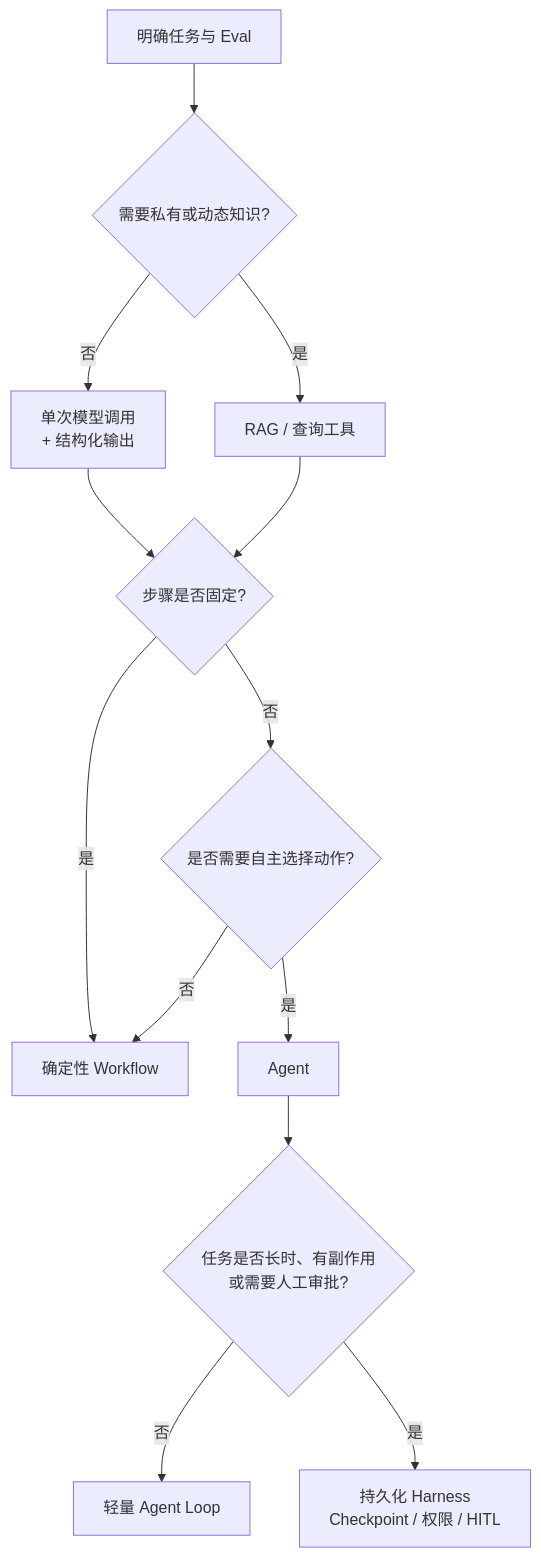
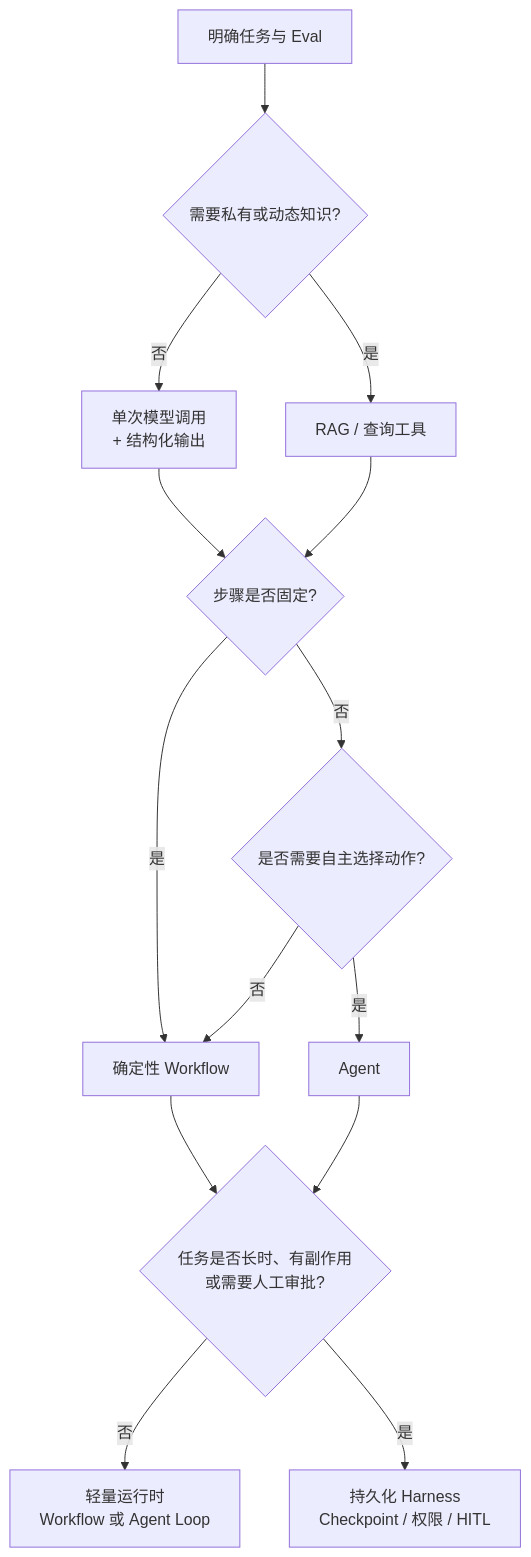
Before and after one commit to oneleaveknowsthefall/awesome-ai-roadmap: the second of 5 diagrams in docs/fde/01-foundations/01-forward-deployed-engineering.md, drawn with Mermaid. The commit also changed other lines of this file and 2 other files, not shown here.

````diff
--- a/docs/fde/01-foundations/01-forward-deployed-engineering.md
+++ b/docs/fde/01-foundations/01-forward-deployed-engineering.md
@@ -130,15 +131,16 @@
 ```mermaid
 flowchart TD
     START["明确任务与 Eval"] --> KNOW{"需要私有或动态知识?"}
     KNOW -->|否| CALL["单次模型调用<br/>+ 结构化输出"]
     KNOW -->|是| RAG["RAG / 查询工具"]
     CALL --> PATH{"步骤是否固定?"}
     RAG --> PATH
     PATH -->|是| FLOW["确定性 Workflow"]
     PATH -->|否| ACTION{"是否需要自主选择动作?"}
     ACTION -->|否| FLOW
     ACTION -->|是| AGENT["Agent"]
+    FLOW --> DURABLE
     AGENT --> DURABLE{"任务是否长时、有副作用<br/>或需要人工审批?"}
-    DURABLE -->|否| LOOP["轻量 Agent Loop"]
+    DURABLE -->|否| LOOP["轻量运行时<br/>Workflow 或 Agent Loop"]
     DURABLE -->|是| HARNESS["持久化 Harness<br/>Checkpoint / 权限 / HITL"]
 ```
````
